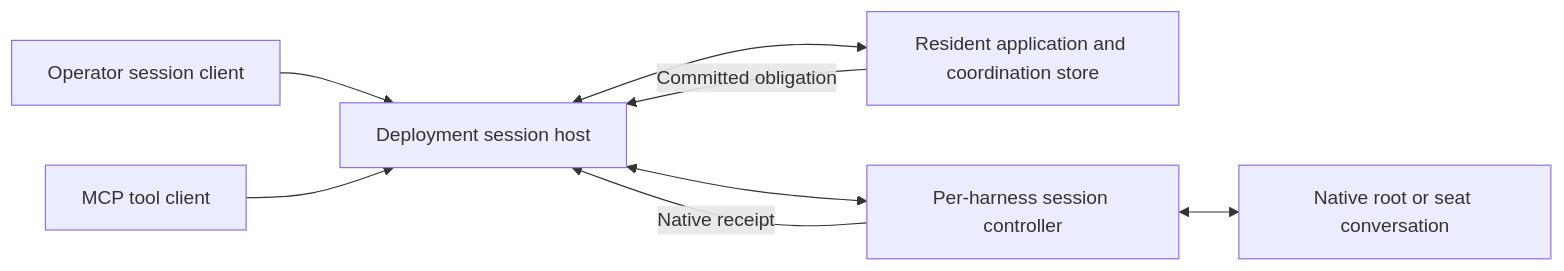
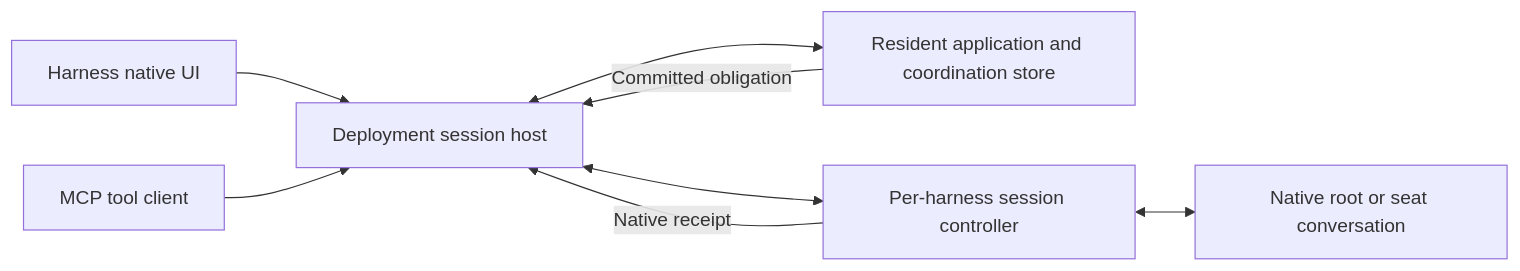
The diagram in docs/57-session-attachment-wake.md (Flip-Engineering/baton), drawn with Mermaid before and after one commit. The commit also changed other lines of this file, not shown here.

Commit message:
Require native harness interfaces for root wake integration

````diff
--- a/docs/57-session-attachment-wake.md
+++ b/docs/57-session-attachment-wake.md
@@ -216,10 +214,10 @@
 ```mermaid
 flowchart LR
-  UI[Operator session client] --> Host[Deployment session host]
+  UI[Harness native UI] --> Host[Deployment session host]
   MCP[MCP tool client] --> Host
   Host <--> App[Resident application and coordination store]
   Host <--> Control[Per-harness session controller]
   Control <--> Native[Native root or seat conversation]
   App -->|Committed obligation| Host
   Control -->|Native receipt| Host
 ```
````
